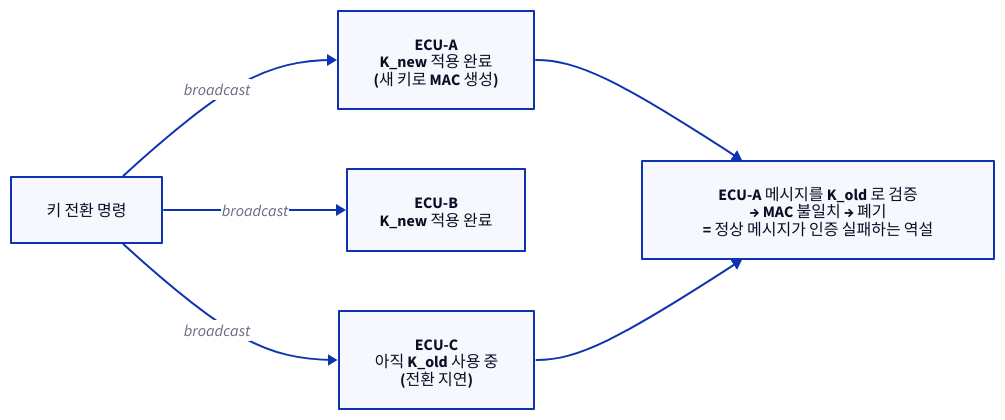
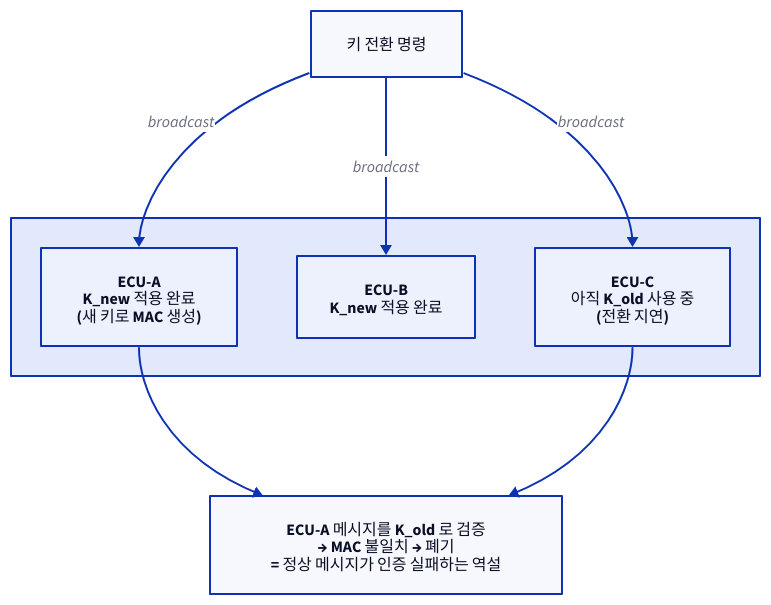
The eighth of 14 diagrams in topics/automotive_cybersecurity/docs/02_automotive_soc_security.md (humbleowl39/DV_SKOOL), drawn with D2 before and after one commit. The commit also changed other lines of this file and 90 other files, not shown here.

First line of the commit message:
docs: 전 토픽 다이어그램 정비 — ASCII→D2, mermaid→D2, 과대 D2 가시성 수정

````diff
--- a/topics/automotive_cybersecurity/docs/02_automotive_soc_security.md
+++ b/topics/automotive_cybersecurity/docs/02_automotive_soc_security.md
@@ -399,14 +390,17 @@
 ```d2
-direction: right
+direction: down
 
 CMD: "키 전환 명령"
-A: "ECU-A\nK_new 적용 완료\n(새 키로 MAC 생성)"
-B: "ECU-B\nK_new 적용 완료"
-C: "ECU-C\n아직 K_old 사용 중\n(전환 지연)"
+ECUS: "" {
+  direction: right
+  A: "ECU-A\nK_new 적용 완료\n(새 키로 MAC 생성)"
+  B: "ECU-B\nK_new 적용 완료"
+  C: "ECU-C\n아직 K_old 사용 중\n(전환 지연)"
+}
 FAIL: "ECU-A 메시지를 K_old 로 검증\n→ MAC 불일치 → 폐기\n= 정상 메시지가 인증 실패하는 역설"
-CMD -> A: "broadcast"
-CMD -> B: "broadcast"
-CMD -> C: "broadcast"
-A -> FAIL
-C -> FAIL
+CMD -> ECUS.A: "broadcast"
+CMD -> ECUS.B: "broadcast"
+CMD -> ECUS.C: "broadcast"
+ECUS.A -> FAIL
+ECUS.C -> FAIL
 ```
````
